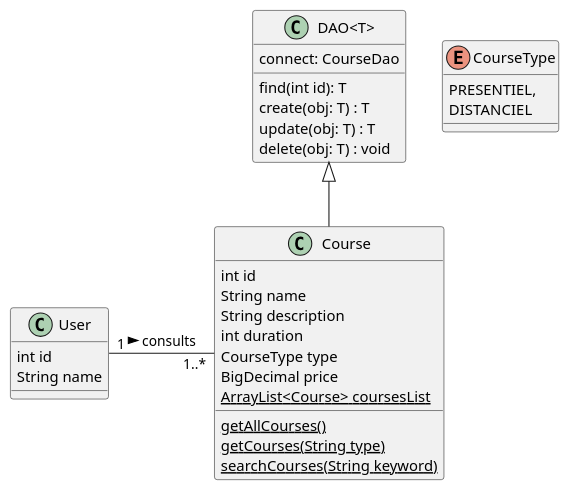
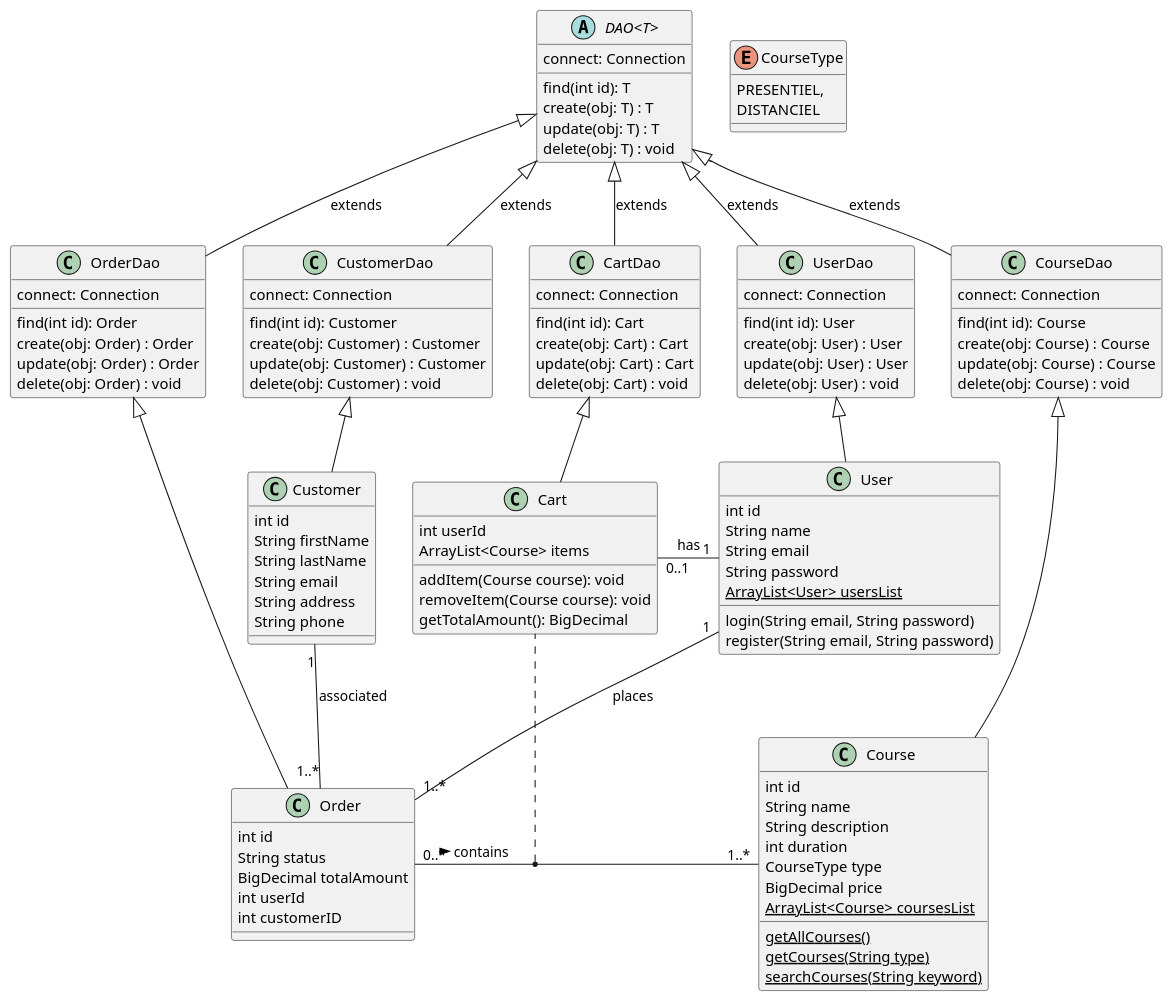
Before and after one commit to matthieu-27/eval_java_formations: the diagram in uml_db/ClassDiagram.puml, drawn with PlantUML. The commit also changed 1 other file, not shown here.

Commit message:
feat: Création du diagramme de sequence GetAllCourses et mise à jour du diagramme de classe pour la seconde partie

```diff
--- a/uml_db/ClassDiagram.puml
+++ b/uml_db/ClassDiagram.puml
@@ -1,38 +1,127 @@
 @startuml
 'https://plantuml.com/class-diagram
+
+together {
+    enum CourseType{
+        PRESENTIEL,
+        DISTANCIEL
+    }
+}
+
+
+
 class User{
 int id
 String name
+String email
+String password
+{static} ArrayList<User> usersList
+login(String email, String password)
+register(String email, String password)
 }
 
 class Course{
 int id
 String name
 String description
 int duration
 CourseType type
 BigDecimal price
 {static} ArrayList<Course> coursesList
 {static} getAllCourses()
 {static} getCourses(String type)
 {static} searchCourses(String keyword)
 }
 
-class "DAO<T>" {
-connect: CourseDao
+class Order {
+int id
+String status
+BigDecimal totalAmount
+int userId
+int customerID
+}
+
+class Customer {
+int id
+String firstName
+String lastName
+String email
+String address
+String phone
+}
+
+class Cart {
+int userId
+ArrayList<Course> items
+addItem(Course course): void
+removeItem(Course course): void
+getTotalAmount(): BigDecimal
+}
+
+abstract class "DAO<T>" {
+connect: Connection
 find(int id): T
 create(obj: T) : T
 update(obj: T) : T
 delete(obj: T) : void
 }
 
-User "1" -right- "1..*" Course : > consults
-"DAO<T>" <|-- Course
-enum CourseType{
-    PRESENTIEL,
-    DISTANCIEL
+"DAO<T>" <|-- CourseDao : extends
+"DAO<T>" <|-- CustomerDao: extends
+"DAO<T>" <|-- OrderDao: extends
+"DAO<T>" <|-- UserDao : extends
+"DAO<T>" <|-- CartDao: extends
+
+class CartDao{
+connect: Connection
+find(int id): Cart
+create(obj: Cart) : Cart
+update(obj: Cart) : Cart
+delete(obj: Cart) : void
 }
 
+class CourseDao{
+connect: Connection
+find(int id): Course
+create(obj: Course) : Course
+update(obj: Course) : Course
+delete(obj: Course) : void
+}
 
+class OrderDao{
+connect: Connection
+find(int id): Order
+create(obj: Order) : Order
+update(obj: Order) : Order
+delete(obj: Order) : void
+}
+
+class CustomerDao{
+connect: Connection
+find(int id): Customer
+create(obj: Customer) : Customer
+update(obj: Customer) : Customer
+delete(obj: Customer) : void
+}
+
+class UserDao{
+connect: Connection
+find(int id): User
+create(obj: User) : User
+update(obj: User) : User
+delete(obj: User) : void
+}
+
+CourseDao <|-- Course
+CustomerDao <|-- Customer
+OrderDao <|-- Order
+UserDao <|-- User
+CartDao <|-- Cart
+
+Order "0..*" - "1..*" Course : contains >
+(Order, Course) .. Cart
+User "1" ---left- "0..1" Cart : has
+Customer "1" --  "1..*" Order : associated
+User "1" -- "1..*" Order : places
 
 @enduml
```
